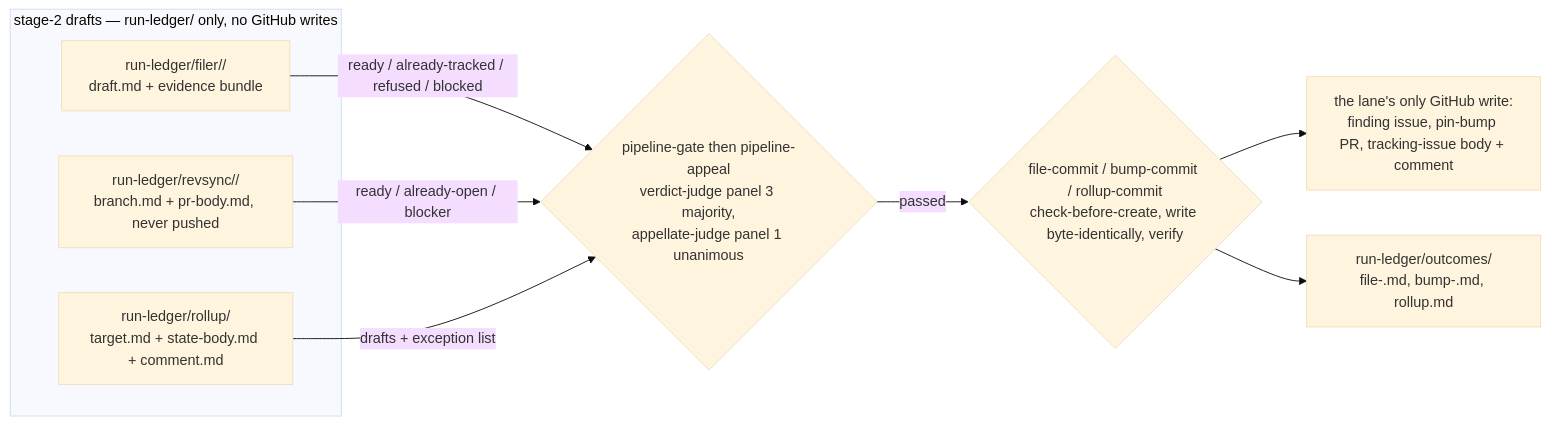
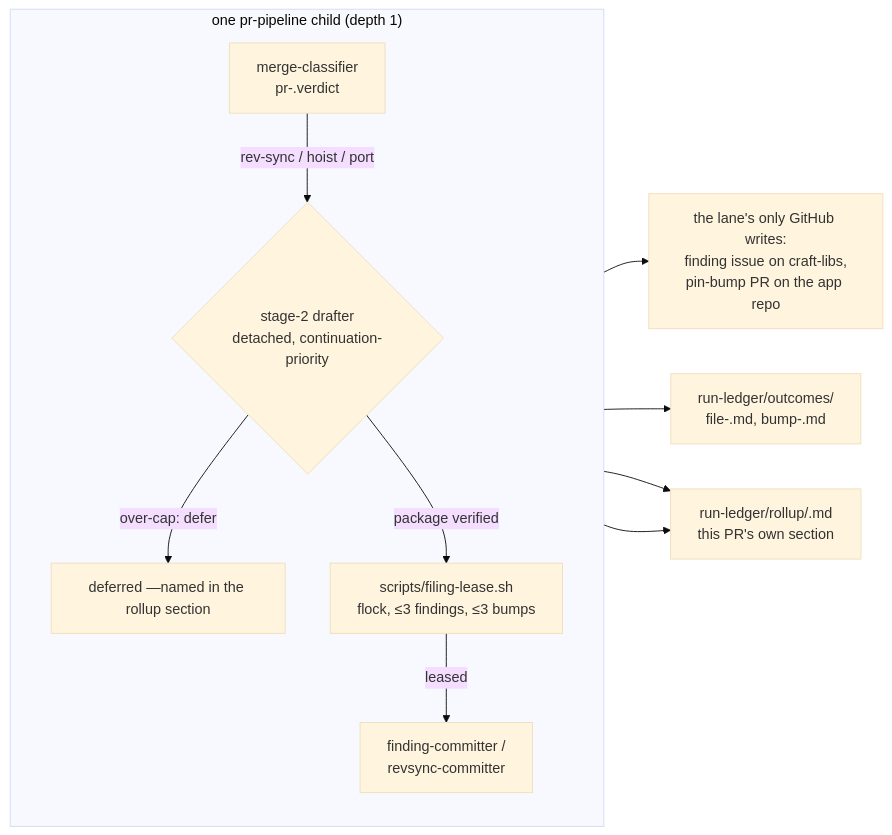
One commit to ahmedhosnypro/craft-libs-adoption changed diagram 12 of 12 in docs/workflow-diagrams.md. Above: the diagram before and after it, drawn with Mermaid (base theme). The commit also changed other lines of this file and 7 other files, not shown here.

First line of the commit message:
feat(scan): every PR's whole life on its own detached pipeline — 8-step workflow

````diff
--- a/docs/workflow-diagrams.md
+++ b/docs/workflow-diagrams.md
@@ -372,14 +379,14 @@
 ```mermaid
 flowchart LR
-    subgraph drafts["stage-2 drafts — run-ledger/ only, no GitHub writes"]
-        FO["run-ledger/filer/<slug>/<br/>draft.md + evidence bundle"]
-        BO["run-ledger/revsync/<slug>/<br/>branch.md + pr-body.md, never pushed"]
-        RO["run-ledger/rollup/<br/>target.md + state-body.md + comment.md"]
+    subgraph pipeline["one pr-pipeline child (depth 1)"]
+        direction TB
+        CL["merge-classifier<br/>pr-<number>.verdict"] --> |"rev-sync / hoist / port"| DR{"stage-2 drafter<br/>detached, continuation-priority"}
+        DR --> |"over-cap: defer"| DEF["deferred —named in the rollup section"]
+        LEASE["scripts/filing-lease.sh<br/>flock, ≤3 findings, ≤3 bumps"] --> |"leased"| COMM["finding-committer /<br/>revsync-committer"]
+        DR --> |"package verified"| LEASE
     end
-    FO -->|"ready / already-tracked / refused / blocked"| G{"pipeline-gate then pipeline-appeal<br/>verdict-judge panel 3 majority,<br/>appellate-judge panel 1 unanimous"}
-    BO -->|"ready / already-open / blocker"| G
-    RO -->|"drafts + exception list"| G
-    G -->|"passed"| C{"file-commit / bump-commit / rollup-commit<br/>check-before-create, write byte-identically, verify"}
-    C --> W["the lane's only GitHub write:<br/>finding issue, pin-bump PR, tracking-issue body + comment"]
-    C --> OUT["run-ledger/outcomes/<br/>file-<slug>.md, bump-<slug>.md, rollup.md"]
+    COMM --> W["the lane's only GitHub writes:<br/>finding issue on craft-libs,<br/>pin-bump PR on the app repo"]
+    COMM --> OUT["run-ledger/outcomes/<br/>file-<slug>.md, bump-<slug>.md"]
+    CL --> SEC["run-ledger/rollup/<slug>.md<br/>this PR's own section"]
+    COMM --> SEC
 ```
````
